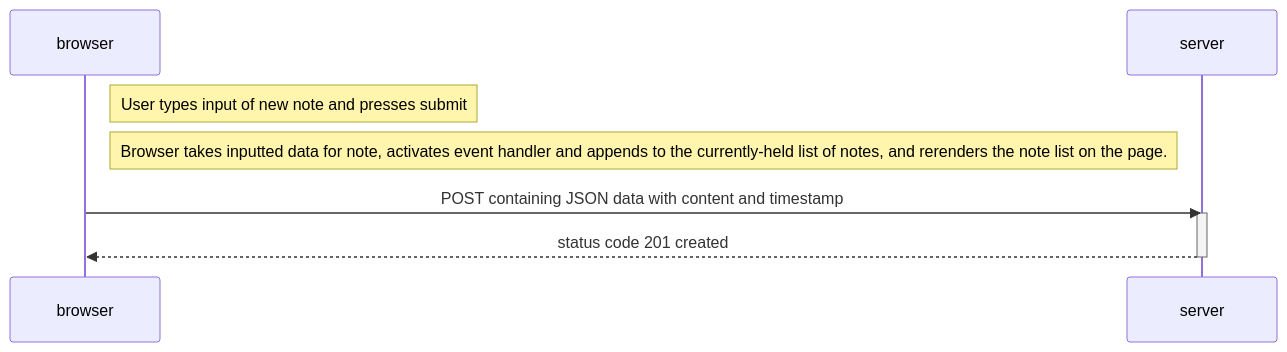
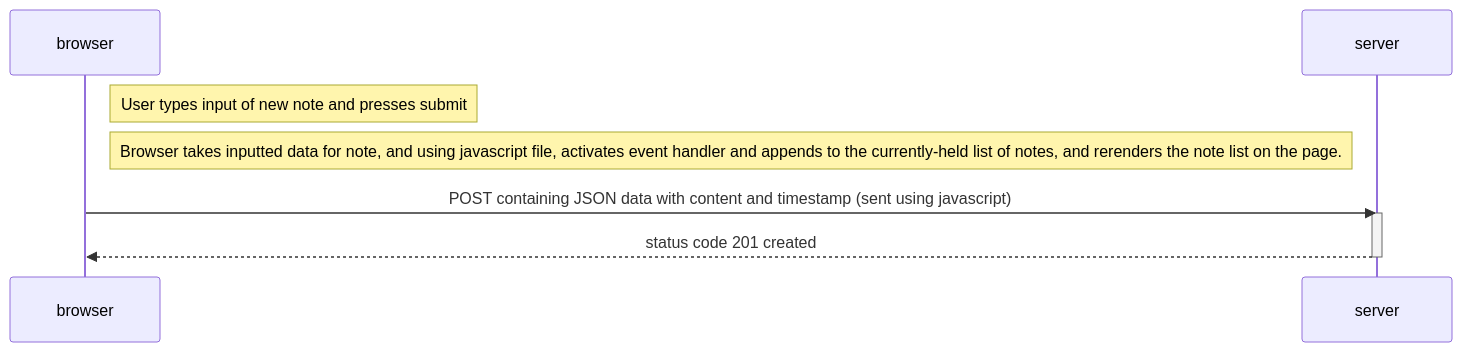
One commit to nstates/FullStackOpen changed the third of 3 diagrams in part0/diagrams.md. Above: the diagram before and after it, drawn with Mermaid. The commit also changed other lines of this file, not shown here.

Commit message:
added diagram for 0.5

````diff
--- a/part0/diagrams.md
+++ b/part0/diagrams.md
@@ -39,14 +70,14 @@
 ```mermaid
 sequenceDiagram
     participant browser
     participant server
 
     Note right of browser: User types input of new note and presses submit
 
-    Note right of browser: Browser takes inputted data for note, activates event handler and appends to the currently-held list of notes, and rerenders the note list on the page. 
+    Note right of browser: Browser takes inputted data for note, and using javascript file, activates event handler and appends to the currently-held list of notes, and rerenders the note list on the page. 
 
-    browser->>server: POST containing JSON data with content and timestamp
+    browser->>server: POST containing JSON data with content and timestamp (sent using javascript)
     activate server
     server-->>browser: status code 201 created
     deactivate server
 ```
````
